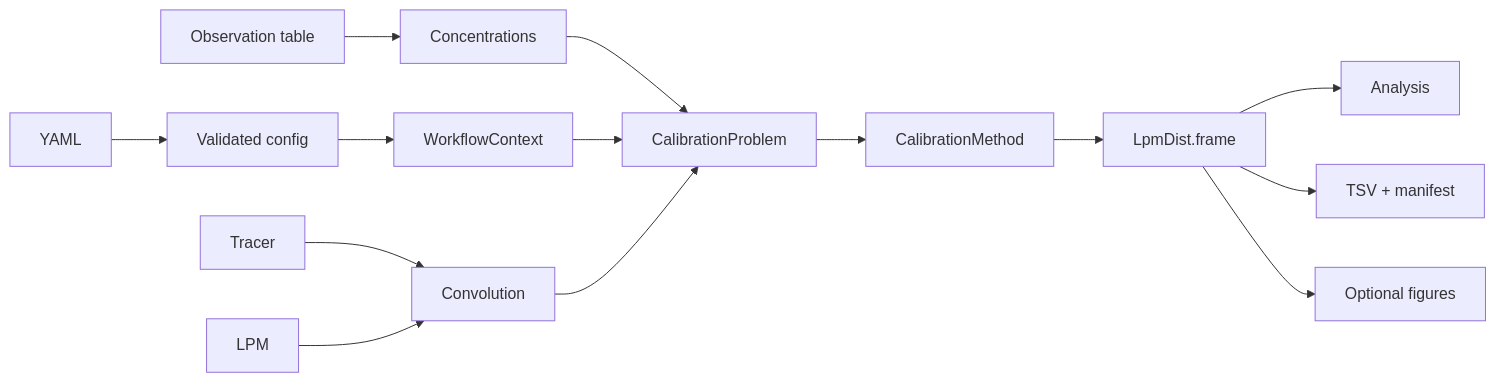
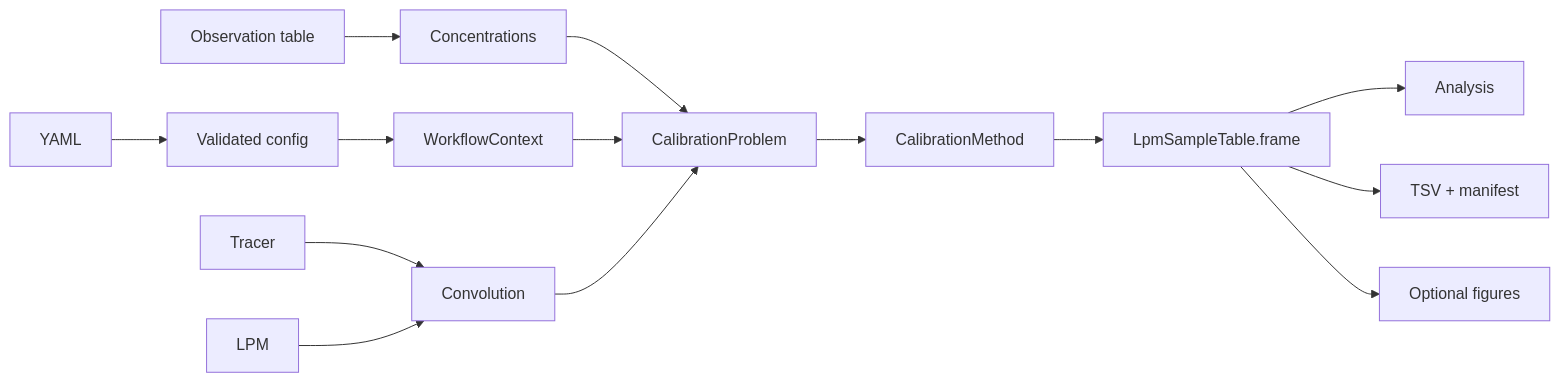
The second of 2 diagrams in docs/architecture.md (dreuzy/PyAges), drawn with Mermaid before and after one commit. The commit also changed other lines of this file and 603 other files, not shown here.

````diff
--- a/docs/architecture.md
+++ b/docs/architecture.md
@@ -125,16 +125,16 @@
 ```{mermaid}
 flowchart LR
   YAML[YAML] --> CFG[Validated config]
   OBSFILE[Observation table] --> OBS[Concentrations]
   CFG --> CTX[WorkflowContext]
   OBS --> PROBLEM[CalibrationProblem]
   CTX --> PROBLEM
   TR[Tracer] --> CONV[Convolution]
   LPM[LPM] --> CONV
   CONV --> PROBLEM
   PROBLEM --> METHOD[CalibrationMethod]
-  METHOD --> SAMPLES[LpmDist.frame]
+  METHOD --> SAMPLES[LpmSampleTable.frame]
   SAMPLES --> STATS[Analysis]
   SAMPLES --> FILES[TSV + manifest]
   SAMPLES --> FIGS[Optional figures]
 ```
````
